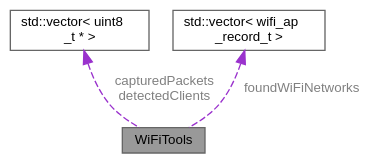
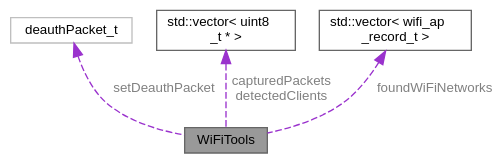
Before and after one commit to Jonathan-0101/skeletonKey: the diagram in classWiFiTools__coll__graph.dot, drawn with Graphviz. The commit also changed 66 other files, not shown here.

```diff
--- a/classWiFiTools__coll__graph.dot
+++ b/classWiFiTools__coll__graph.dot
@@ -1,12 +1,14 @@
 digraph "WiFiTools"
 {
  // LATEX_PDF_SIZE
   bgcolor="transparent";
   edge [fontname=Helvetica,fontsize=10,labelfontname=Helvetica,labelfontsize=10];
   node [fontname=Helvetica,fontsize=10,shape=box,height=0.2,width=0.4];
   Node1 [id="Node000001",label="WiFiTools",height=0.2,width=0.4,color="gray40", fillcolor="grey60", style="filled", fontcolor="black",tooltip=" "];
-  Node2 -> Node1 [id="edge1_Node000001_Node000002",dir="back",color="darkorchid3",style="dashed",tooltip=" ",label=" capturedPackets\ndetectedClients",fontcolor="grey" ];
-  Node2 [id="Node000002",label="std::vector\< uint8\l_t * \>",height=0.2,width=0.4,color="gray40", fillcolor="white", style="filled",tooltip=" "];
-  Node3 -> Node1 [id="edge2_Node000001_Node000003",dir="back",color="darkorchid3",style="dashed",tooltip=" ",label=" foundWiFiNetworks",fontcolor="grey" ];
-  Node3 [id="Node000003",label="std::vector\< wifi_ap\l_record_t \>",height=0.2,width=0.4,color="gray40", fillcolor="white", style="filled",tooltip=" "];
+  Node2 -> Node1 [id="edge1_Node000001_Node000002",dir="back",color="darkorchid3",style="dashed",tooltip=" ",label=" setDeauthPacket",fontcolor="grey" ];
+  Node2 [id="Node000002",label="deauthPacket_t",height=0.2,width=0.4,color="grey75", fillcolor="white", style="filled",URL="$structdeauthPacket__t.html",tooltip=" "];
+  Node3 -> Node1 [id="edge2_Node000001_Node000003",dir="back",color="darkorchid3",style="dashed",tooltip=" ",label=" capturedPackets\ndetectedClients",fontcolor="grey" ];
+  Node3 [id="Node000003",label="std::vector\< uint8\l_t * \>",height=0.2,width=0.4,color="gray40", fillcolor="white", style="filled",tooltip=" "];
+  Node4 -> Node1 [id="edge3_Node000001_Node000004",dir="back",color="darkorchid3",style="dashed",tooltip=" ",label=" foundWiFiNetworks",fontcolor="grey" ];
+  Node4 [id="Node000004",label="std::vector\< wifi_ap\l_record_t \>",height=0.2,width=0.4,color="gray40", fillcolor="white", style="filled",tooltip=" "];
 }
```
